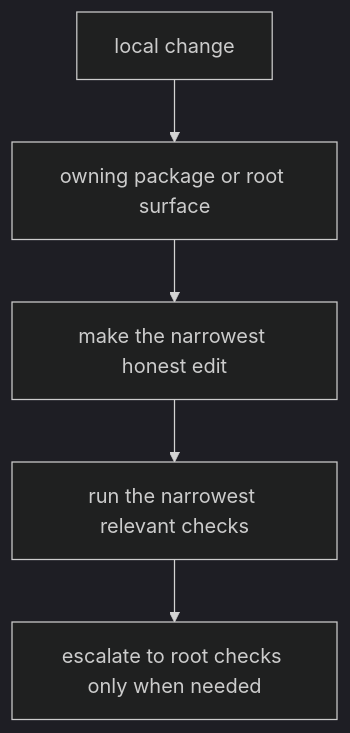
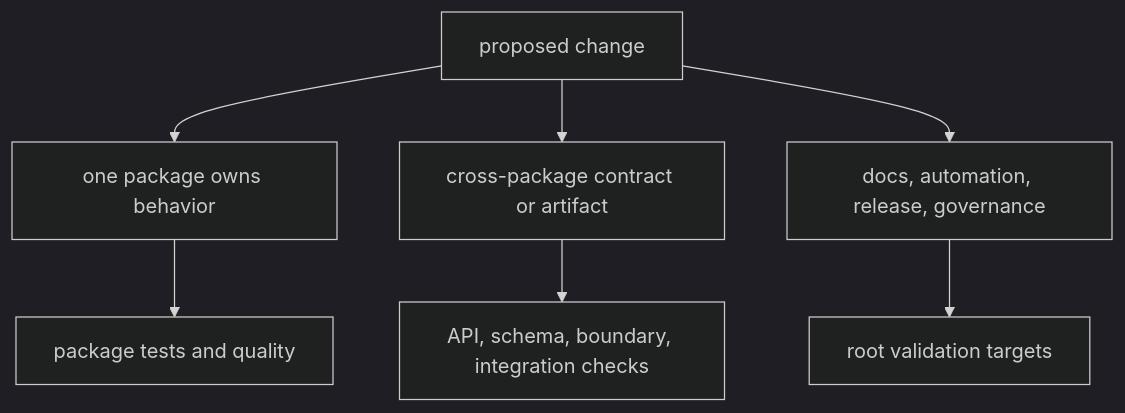
One commit to bijux/bijux-proteomics changed the diagram in docs/01-bijux-proteomics/operations/local-development.md. Above: the diagram before and after it, drawn with Mermaid (dark theme). The commit also changed other lines of this file and 2 other files, not shown here.

Commit message:
docs(contributing): define owned change and validation workflows

````diff
--- a/docs/01-bijux-proteomics/operations/local-development.md
+++ b/docs/01-bijux-proteomics/operations/local-development.md
@@ -18,13 +37,13 @@
 ```mermaid
-flowchart TB
-    change["local change"]
-    owner["owning package or root surface"]
-    edit["make the narrowest honest edit"]
-    local["run the narrowest relevant checks"]
-    root["escalate to root checks only when needed"]
-
-    change --> owner
-    owner --> edit
-    edit --> local
-    local --> root
+flowchart TD
+    change["proposed change"]
+    package["one package owns behavior"]
+    seam["cross-package contract or artifact"]
+    repository["docs, automation, release, governance"]
+    change --> package
+    change --> seam
+    change --> repository
+    package --> local["package tests and quality"]
+    seam --> contract["API, schema, boundary, integration checks"]
+    repository --> root["root validation targets"]
 ```
````
